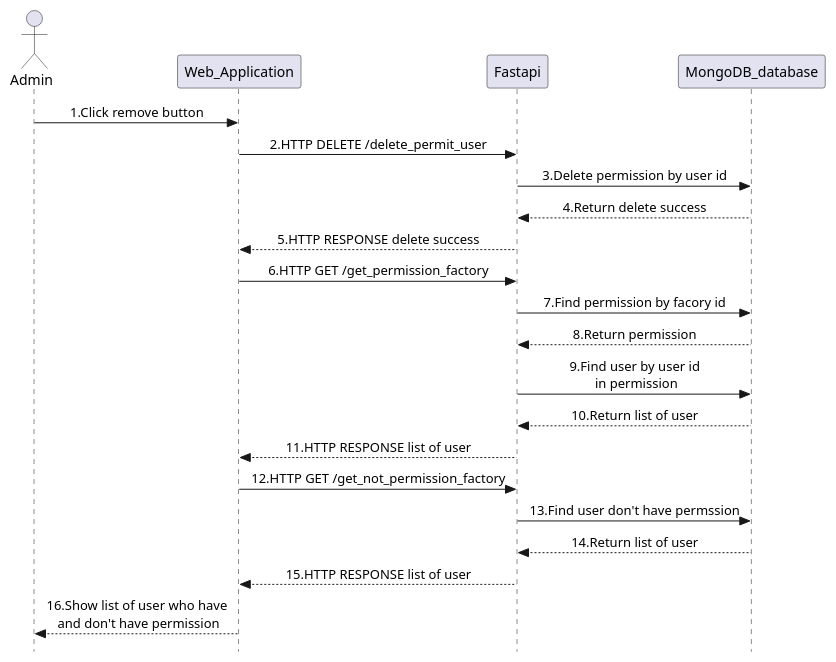
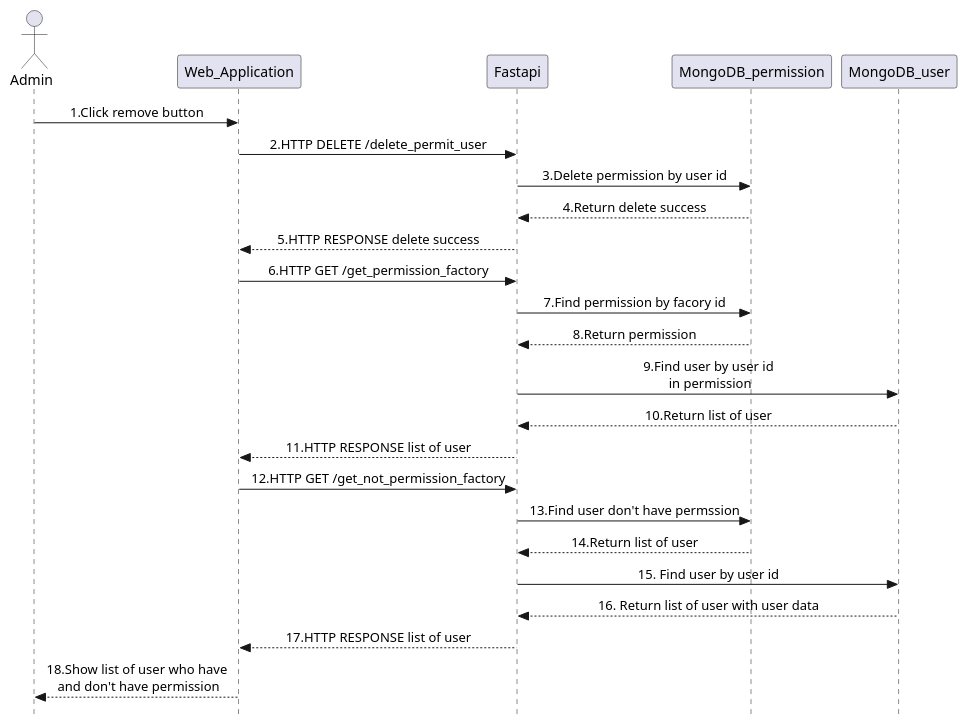
One commit to pasin2545/sequence-diagram changed the diagram in Admin_removePermission.plantuml. Above: the diagram before and after it, drawn with PlantUML. The commit also changed 19 other files, not shown here.

Commit message:
update DB in sequence diagram

```diff
--- a/Admin_removePermission.plantuml
+++ b/Admin_removePermission.plantuml
@@ -1,25 +1,28 @@
 @startuml Roof_Surface_Admin_removePermission
 skinparam Style strictuml
 skinparam SequenceMessageAlignment center
 actor Admin as admin
 participant Web_Application as web_app
 participant Fastapi as fastapi
-participant MongoDB_database as base
+participant MongoDB_permission as permission
+participant MongoDB_user as user
 admin -> web_app : 1.Click remove button
 web_app -> fastapi : 2.HTTP DELETE /delete_permit_user 
-fastapi -> base : 3.Delete permission by user id
-base --> fastapi : 4.Return delete success
+fastapi -> permission : 3.Delete permission by user id
+permission --> fastapi : 4.Return delete success
 fastapi --> web_app : 5.HTTP RESPONSE delete success
 web_app -> fastapi : 6.HTTP GET /get_permission_factory
-fastapi -> base : 7.Find permission by facory id
-base --> fastapi : 8.Return permission
-fastapi -> base : 9.Find user by user id\n in permission
-base --> fastapi : 10.Return list of user
+fastapi -> permission : 7.Find permission by facory id
+permission --> fastapi : 8.Return permission
+fastapi -> user : 9.Find user by user id\n in permission
+user --> fastapi : 10.Return list of user
 fastapi --> web_app : 11.HTTP RESPONSE list of user
 web_app -> fastapi : 12.HTTP GET /get_not_permission_factory
-fastapi -> base : 13.Find user don't have permssion
-base --> fastapi : 14.Return list of user
-fastapi --> web_app : 15.HTTP RESPONSE list of user
-web_app --> admin : 16.Show list of user who have\n and don't have permission
+fastapi -> permission : 13.Find user don't have permssion
+permission --> fastapi : 14.Return list of user
+fastapi -> user : 15. Find user by user id
+user --> fastapi : 16. Return list of user with user data
+fastapi --> web_app : 17.HTTP RESPONSE list of user
+web_app --> admin : 18.Show list of user who have\n and don't have permission
 
 @enduml
```
